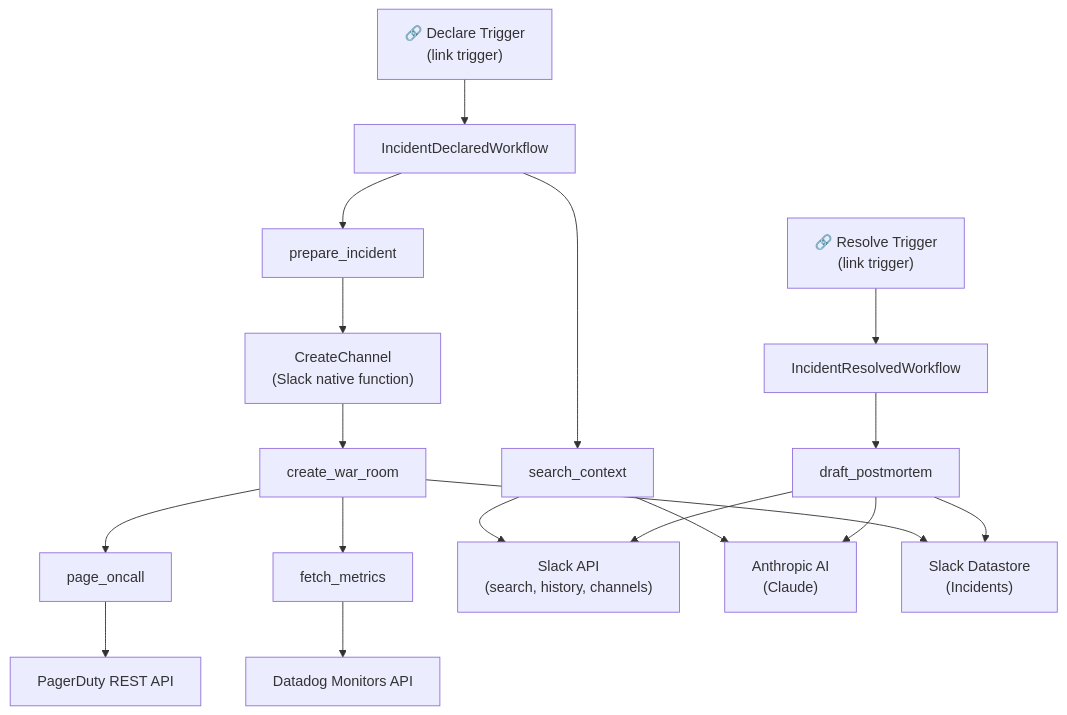
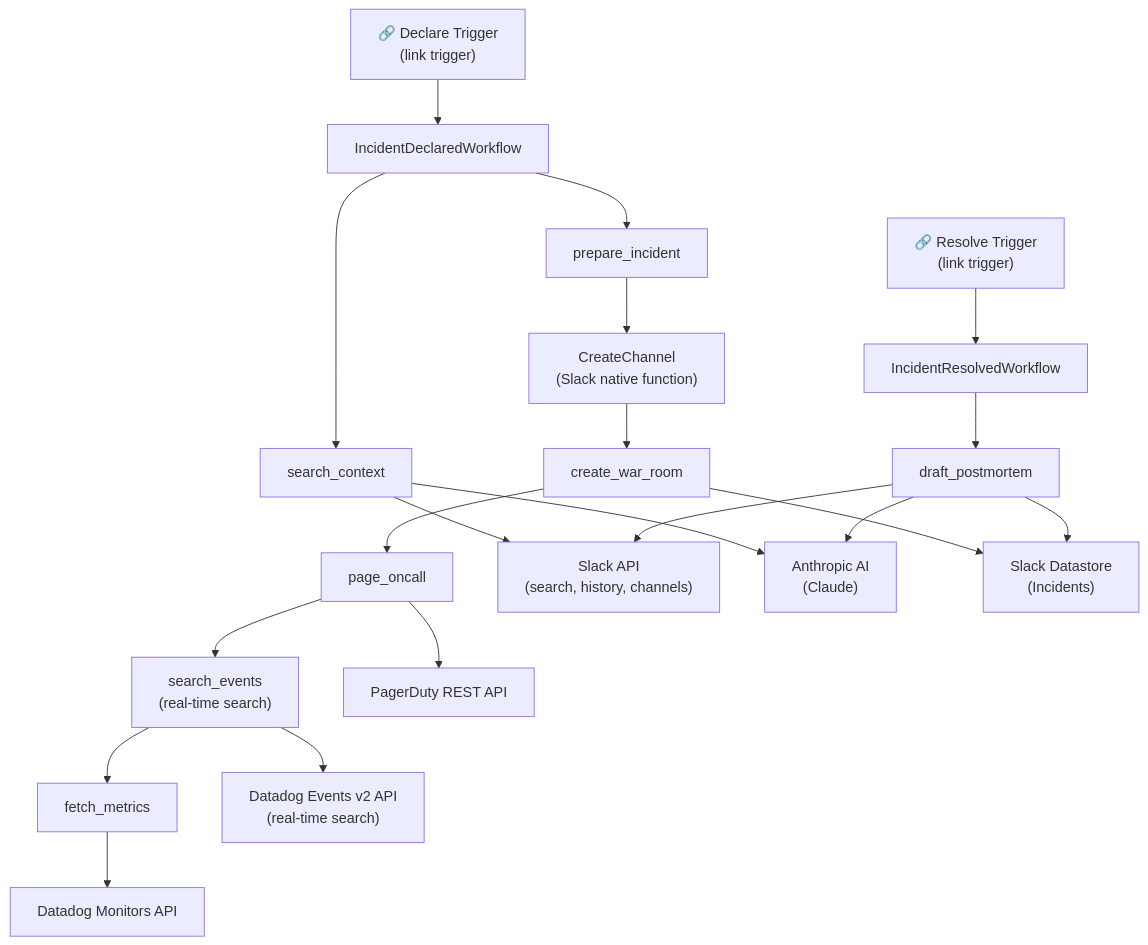
The diagram in architecture.md (kyisaiah47/incident-response-agent), drawn with Mermaid before and after one commit.

Commit message:
fix: add search_events to architecture diagram (Datadog real-time search API qualifier)

````diff
--- a/architecture.md
+++ b/architecture.md
@@ -3,43 +3,47 @@
 ```mermaid
 flowchart TD
     DT["🔗 Declare Trigger\n(link trigger)"]
     RT["🔗 Resolve Trigger\n(link trigger)"]
 
     DW["IncidentDeclaredWorkflow"]
     RW["IncidentResolvedWorkflow"]
 
     SC["search_context"]
     PI["prepare_incident"]
     CC["CreateChannel\n(Slack native function)"]
     WR["create_war_room"]
     PO["page_oncall"]
+    SE["search_events\n(real-time search)"]
     FM["fetch_metrics"]
     DP["draft_postmortem"]
 
     SLACK_API["Slack API\n(search, history, channels)"]
     PD["PagerDuty REST API"]
+    DD_EVENTS["Datadog Events v2 API\n(real-time search)"]
     DD["Datadog Monitors API"]
     AI["Anthropic AI\n(Claude)"]
     DS["Slack Datastore\n(Incidents)"]
 
     DT --> DW
     RT --> RW
 
     DW --> SC
     DW --> PI
     PI --> CC
     CC --> WR
     WR --> PO
-    WR --> FM
+    PO --> SE
+    SE --> FM
 
     RW --> DP
 
     SC --> SLACK_API
     SC --> AI
     WR --> DS
     PO --> PD
+    SE --> DD_EVENTS
     FM --> DD
     DP --> SLACK_API
     DP --> DS
     DP --> AI
 ```
````
